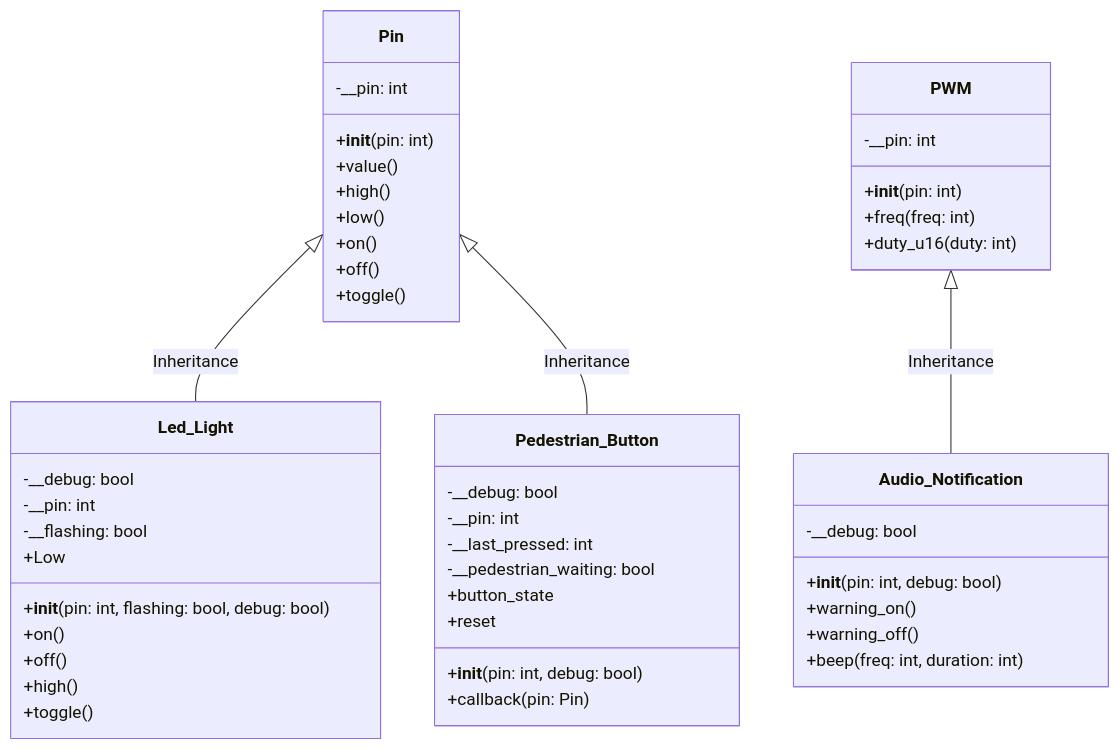
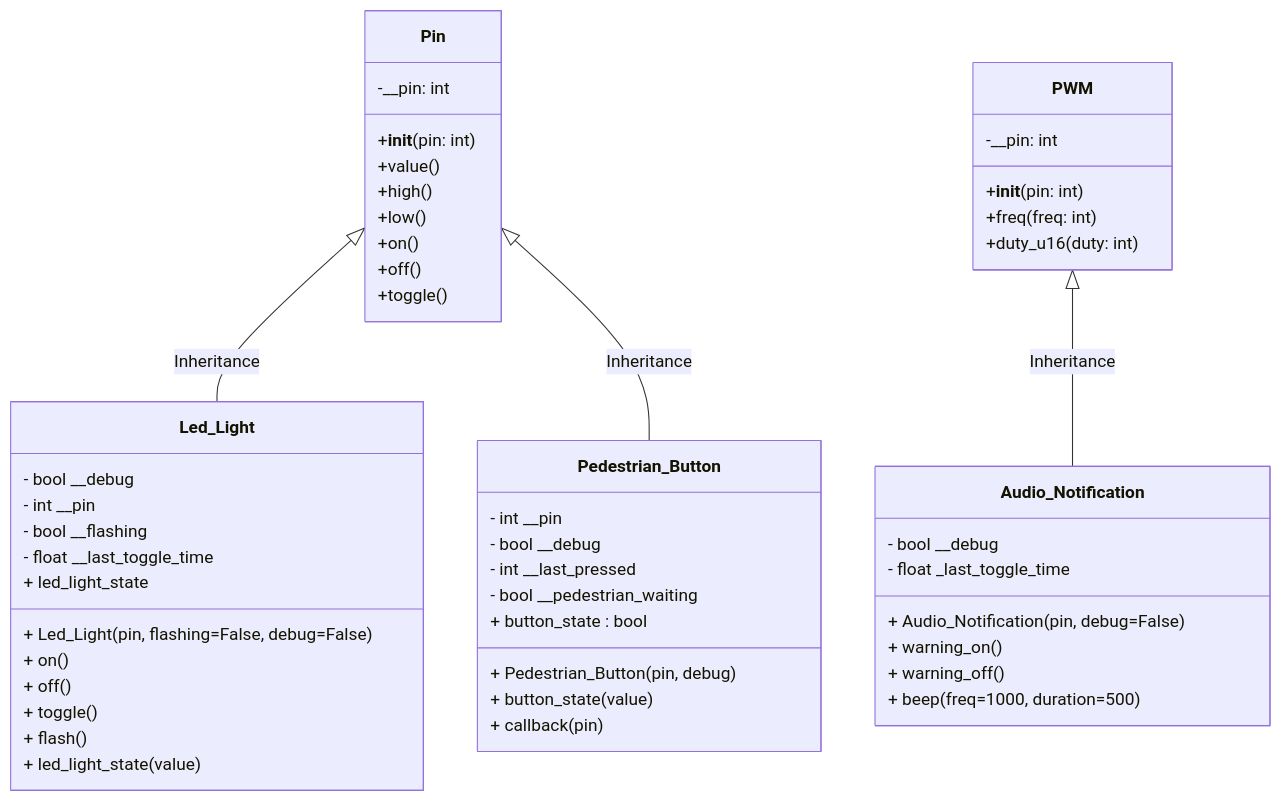
One commit to TempeHS/MicroPython_OOP_Pi_Pico_Mini_Project_Source changed the second of 2 diagrams in tutorials/Lecture1.md. Above: the diagram before and after it, drawn with Mermaid. The commit also changed 5 other files, not shown here.

Commit message:
improve UML

````diff
--- a/tutorials/Lecture1.md
+++ b/tutorials/Lecture1.md
@@ -79,55 +79,58 @@
 ```mermaid
 classDiagram
     class Pin {
         -__pin: int
         +__init__(pin: int)
         +value()
         +high()
         +low()
         +on()
         +off()
         +toggle()
     }
 
     class PWM {
         -__pin: int
         +__init__(pin: int)
         +freq(freq: int)
         +duty_u16(duty: int)
     }
 
     class Audio_Notification {
-        -__debug: bool
-        +__init__(pin: int, debug: bool)
-        +warning_on()
-        +warning_off()
-        +beep(freq: int, duration: int)
+        - bool __debug
+        - float _last_toggle_time
+        + Audio_Notification(pin, debug=False)
+        + warning_on()
+        + warning_off()
+        + beep(freq=1000, duration=500)
     }
     PWM <|-- Audio_Notification : Inheritance
 
     class Led_Light {
-        -__debug: bool
-        -__pin: int
-        -__flashing: bool
-        +__init__(pin: int, flashing: bool, debug: bool)
-        +on()
-        +off()
-        +high()
-        +Low
-        +toggle()
+        - bool __debug
+        - int __pin
+        - bool __flashing
+        - float __last_toggle_time
+        + Led_Light(pin, flashing=False, debug=False)
+        + on()
+        + off()
+        + toggle()
+        + flash()
+        + led_light_state
+        + led_light_state(value)
     }
     Pin <|-- Led_Light : Inheritance
 
     class Pedestrian_Button {
-        -__debug: bool
-        -__pin: int
-        -__last_pressed: int
-        -__pedestrian_waiting: bool
-        +__init__(pin: int, debug: bool)
-        +callback(pin: Pin)
-        +button_state
-        +reset
+        - int __pin
+        - bool __debug
+        - int __last_pressed
+        - bool __pedestrian_waiting
+        + Pedestrian_Button(pin, debug)
+        + button_state : bool
+        + button_state(value)
+        + callback(pin)
     }
     Pin <|-- Pedestrian_Button : Inheritance
 
 ```
````
